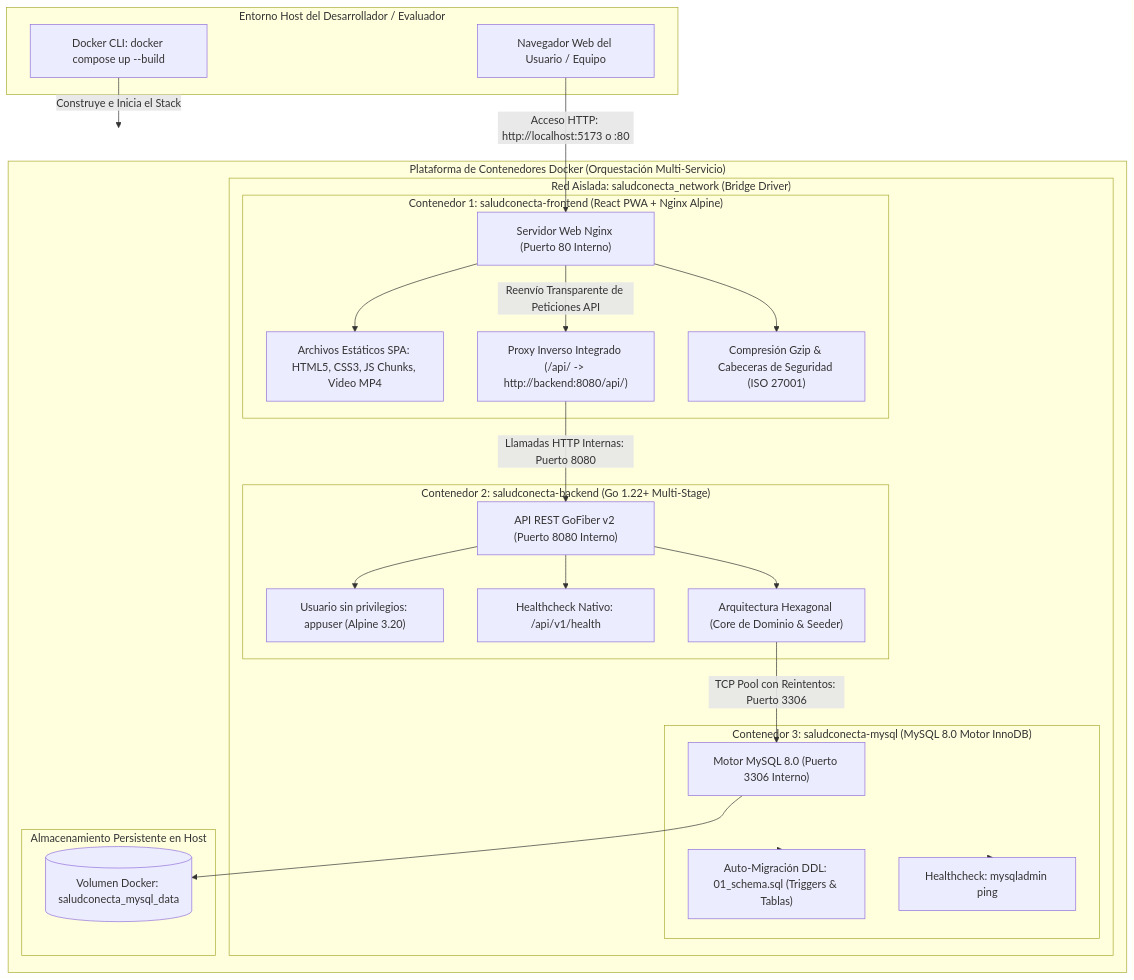
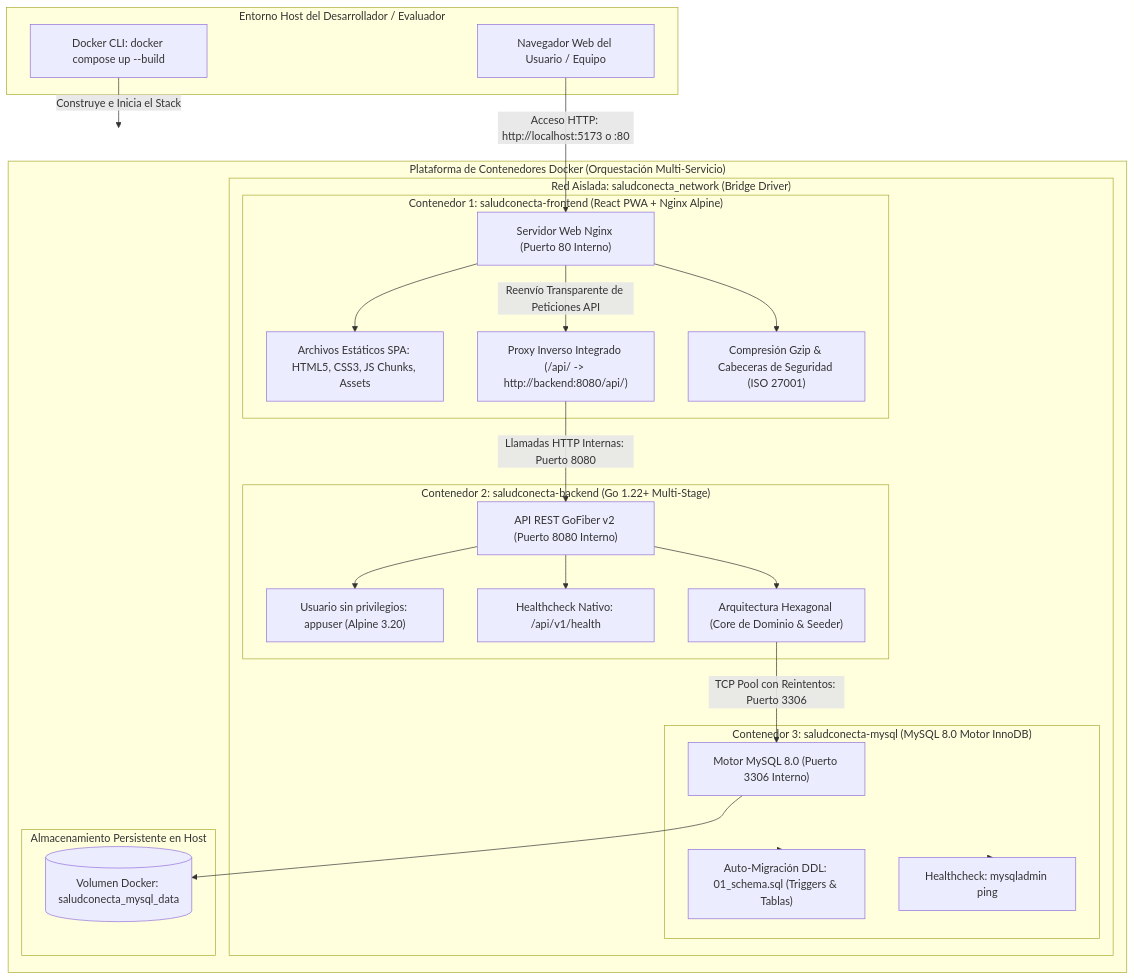
One commit to ThiagoVelez/Proyecto_felipe changed the seventh of 8 diagrams in README.md. Above: the diagram before and after it, drawn with Mermaid. The commit also changed other lines of this file and 6 other files, not shown here.

Commit message:
docs: sincronizar readme y diagramas 11 y 12 con el fondo ecg del login

````diff
--- a/README.md
+++ b/README.md
@@ -732,54 +732,54 @@
 ```mermaid
 flowchart TB
     subgraph HostEnvironment ["Entorno Host del Desarrollador / Evaluador"]
         Developer["Navegador Web del Usuario / Equipo"]
         DockerCLI["Docker CLI: docker compose up --build"]
     end
 
     subgraph DockerPlatform ["Plataforma de Contenedores Docker (Orquestación Multi-Servicio)"]
         subgraph NetBridge ["Red Aislada: saludconecta_network (Bridge Driver)"]
-            
+
             subgraph FrontContainer ["Contenedor 1: saludconecta-frontend (React PWA + Nginx Alpine)"]
                 NginxSrv["Servidor Web Nginx (Puerto 80 Interno)"]
-                StaticFiles["Archivos Estáticos SPA: HTML5, CSS3, JS Chunks, Video MP4"]
+                StaticFiles["Archivos Estáticos SPA: HTML5, CSS3, JS Chunks, Assets"]
                 ReverseProxy["Proxy Inverso Integrado (/api/ -> http://backend:8080/api/)"]
                 GzipEngine["Compresión Gzip & Cabeceras de Seguridad (ISO 27001)"]
             end
 
             subgraph BackContainer ["Contenedor 2: saludconecta-backend (Go 1.22+ Multi-Stage)"]
                 GoFiberAPI["API REST GoFiber v2 (Puerto 8080 Interno)"]
                 AppUser["Usuario sin privilegios: appuser (Alpine 3.20)"]
                 HealthProbe["Healthcheck Nativo: /api/v1/health"]
                 HexEngine["Arquitectura Hexagonal (Core de Dominio & Seeder)"]
             end
 
             subgraph DBContainer ["Contenedor 3: saludconecta-mysql (MySQL 8.0 Motor InnoDB)"]
                 MySQLCore["Motor MySQL 8.0 (Puerto 3306 Interno)"]
                 SchemaInit["Auto-Migración DDL: 01_schema.sql (Triggers & Tablas)"]
                 MySQLHealth["Healthcheck: mysqladmin ping"]
             end
 
         end
 
         subgraph PersistentVolumes ["Almacenamiento Persistente en Host"]
             VolMySQL[("Volumen Docker: saludconecta_mysql_data")]
         end
     end
 
     Developer -->|Acceso HTTP: http://localhost:5173 o :80| NginxSrv
     DockerCLI -->|Construye e Inicia el Stack| DockerPlatform
 
     NginxSrv --> StaticFiles
     NginxSrv --> GzipEngine
     NginxSrv -->|Reenvío Transparente de Peticiones API| ReverseProxy
     ReverseProxy -->|Llamadas HTTP Internas: Puerto 8080| GoFiberAPI
 
     GoFiberAPI --> AppUser
     GoFiberAPI --> HexEngine
     GoFiberAPI --> HealthProbe
     HexEngine -->|TCP Pool con Reintentos: Puerto 3306| MySQLCore
 
     DBContainer --> SchemaInit
     DBContainer --> MySQLHealth
     MySQLCore --> VolMySQL
 ```
````
